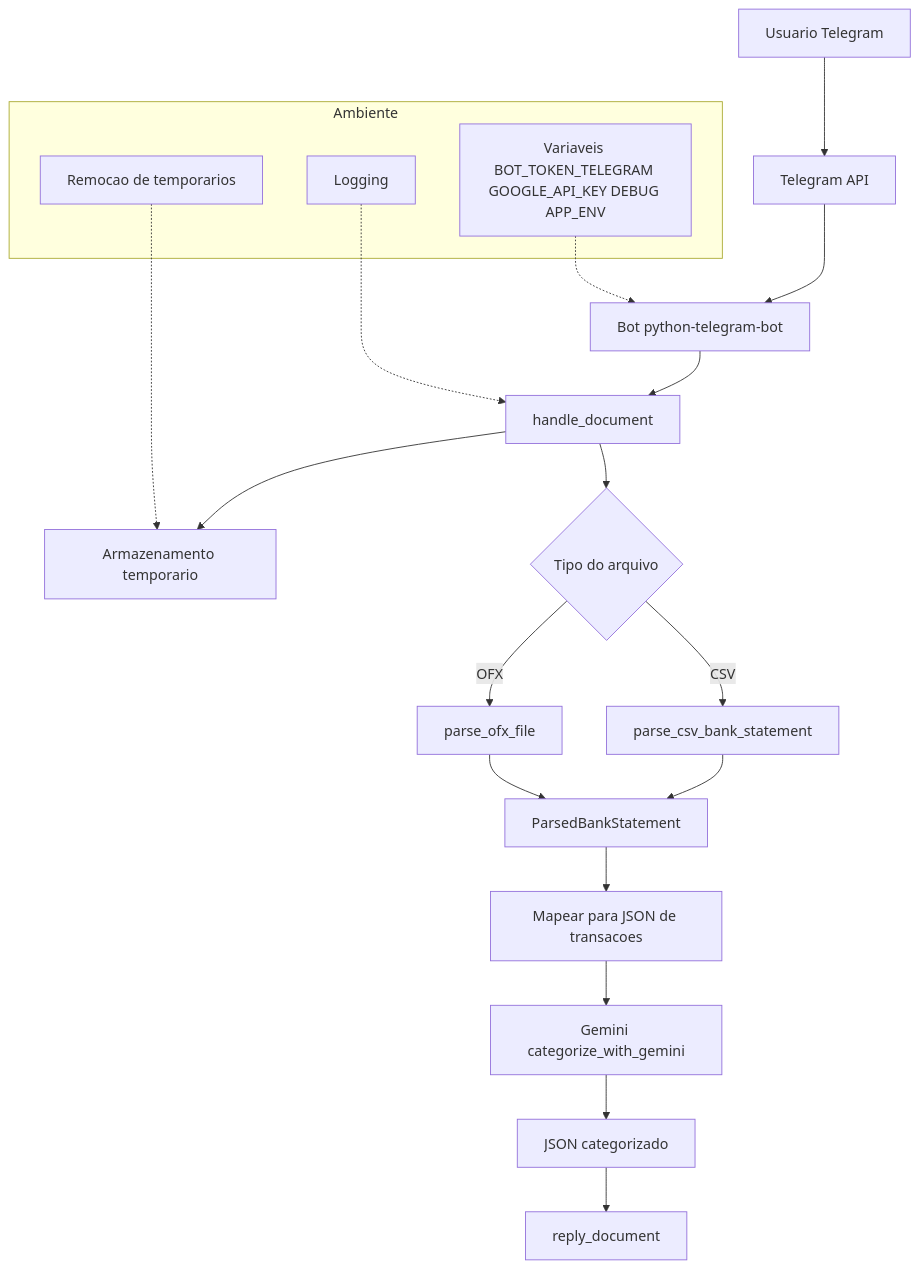
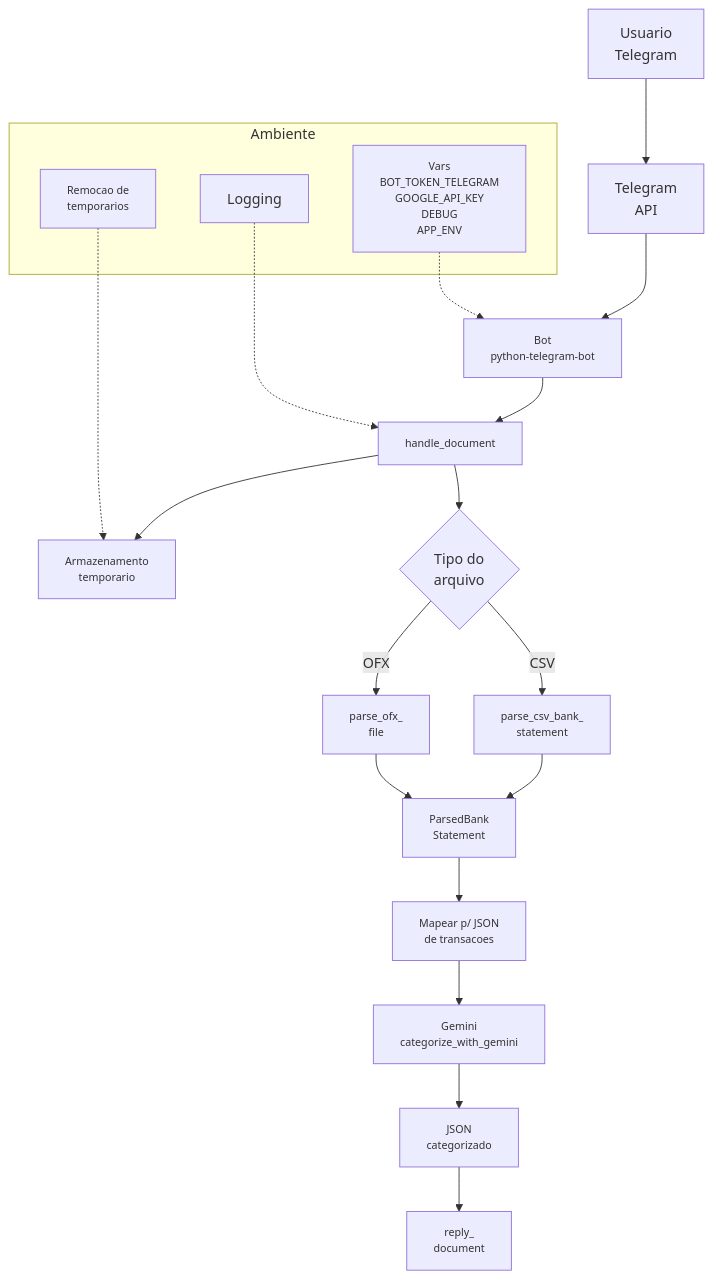
One commit to dinero-organizer/financial-categorizer-bot changed the diagram in README.md. Above: the diagram before and after it, drawn with Mermaid.

Commit message:
docs: improve Telegram bot flowchart in README
Updated the Mermaid flowchart for better readability by adding line breaks, clarifying node labels, and applying a smaller font size to diagram elements.

````diff
--- a/README.md
+++ b/README.md
@@ -13,25 +13,28 @@
 ```mermaid
 flowchart TB
-  user[Usuario Telegram] --> api[Telegram API]
-  api --> bot[Bot python-telegram-bot]
+  user[Usuario<br/>Telegram] --> api[Telegram<br/>API]
+  api --> bot[Bot<br/>python-telegram-bot]
   bot --> handler[handle_document]
-  handler --> tmp[Armazenamento temporario]
-  handler --> parser{Tipo do arquivo}
-  parser -->|CSV| csv[parse_csv_bank_statement]
-  parser -->|OFX| ofx[parse_ofx_file]
-  csv --> stmt[ParsedBankStatement]
+  handler --> tmp[Armazenamento<br/>temporario]
+  handler --> parser{Tipo do<br/>arquivo}
+  parser -->|CSV| csv[parse_csv_bank_<br/>statement]
+  parser -->|OFX| ofx[parse_ofx_<br/>file]
+  csv --> stmt[ParsedBank<br/>Statement]
   ofx --> stmt
-  stmt --> map[Mapear para JSON de transacoes]
-  map --> ai[Gemini categorize_with_gemini]
-  ai --> result[JSON categorizado]
-  result --> reply[reply_document]
+  stmt --> map[Mapear p/ JSON<br/>de transacoes]
+  map --> ai[Gemini<br/>categorize_with_gemini]
+  ai --> result[JSON<br/>categorizado]
+  result --> reply[reply_<br/>document]
 
   subgraph Ambiente
-    env[Variaveis BOT_TOKEN_TELEGRAM GOOGLE_API_KEY DEBUG APP_ENV]
+    env[Vars<br/>BOT_TOKEN_TELEGRAM<br/>GOOGLE_API_KEY<br/>DEBUG<br/>APP_ENV]
     log[Logging]
-    clean[Remocao de temporarios]
+    clean[Remocao de<br/>temporarios]
   end
   env -.-> bot
   clean -.-> tmp
   log -.-> handler
+
+  classDef small font-size:12px;
+  class bot,handler,tmp,csv,ofx,stmt,map,ai,result,reply,env,clean small;
 ```
````
